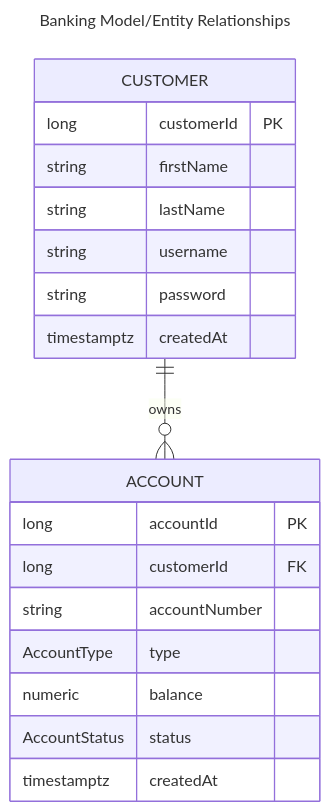
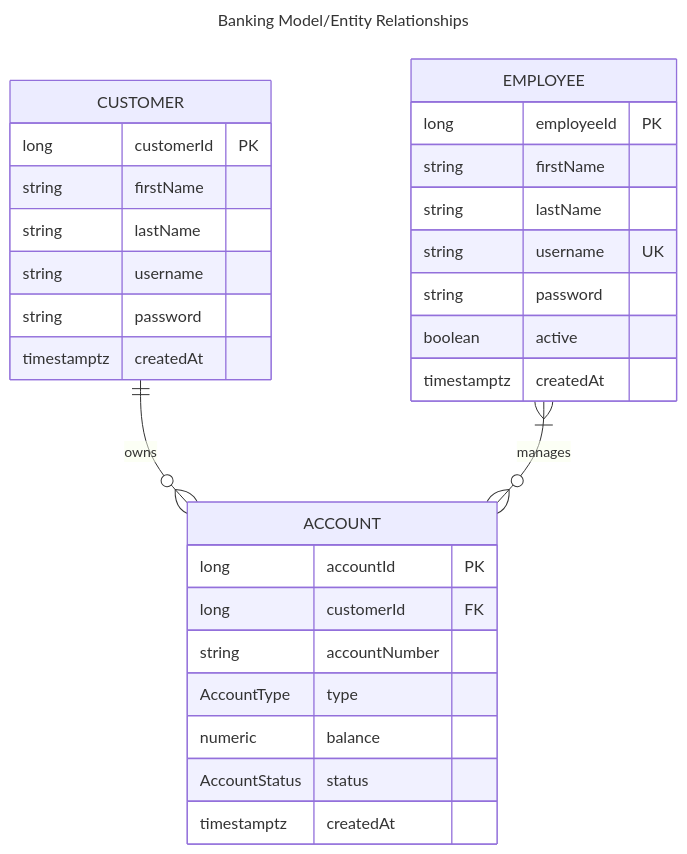
Before and after one commit to schectma/P1BankingApp: the diagram in ERD.md, drawn with Mermaid.

Commit message:
employee added

````diff
--- a/ERD.md
+++ b/ERD.md
@@ -1,24 +1,34 @@
 ```mermaid
 ---
 title: Banking Model/Entity Relationships
 ---
 erDiagram
     CUSTOMER ||--o{ ACCOUNT : owns
+    EMPLOYEE }|--o{ ACCOUNT : manages
     CUSTOMER{
         long customerId PK
         string firstName
         string lastName
         string username
         string password
         timestamptz createdAt
     }
     ACCOUNT{
         long accountId PK
         long customerId FK
         string accountNumber
         AccountType type
         numeric balance
         AccountStatus status
         timestamptz createdAt
     }
+    EMPLOYEE{
+        long employeeId PK
+        string firstName
+        string lastName
+        string username UK
+        string password
+        boolean active
+        timestamptz createdAt
+    }
 ```
````
